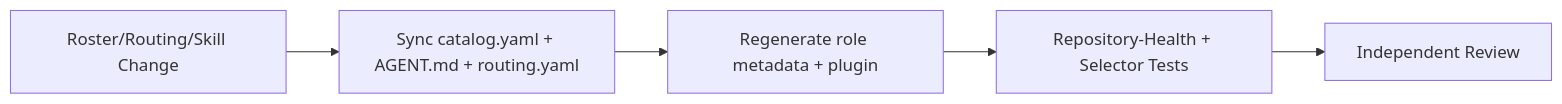
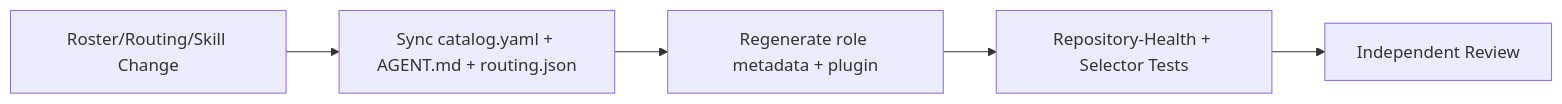
The diagram in plugin/suite/roster/workflows/agent-suite-maintenance.md (deagy/cadre), drawn with Mermaid before and after one commit. The commit also changed other lines of this file and 591 other files, not shown here.

````diff
--- a/plugin/suite/roster/workflows/agent-suite-maintenance.md
+++ b/plugin/suite/roster/workflows/agent-suite-maintenance.md
@@ -5,7 +5,7 @@
 ```mermaid
 flowchart LR
-    Change["Roster/Routing/Skill Change"] --> Sync["Sync catalog.yaml + AGENT.md + routing.yaml"]
+    Change["Roster/Routing/Skill Change"] --> Sync["Sync catalog.yaml + AGENT.md + routing.json"]
     Sync --> Regen["Regenerate role metadata + plugin"]
     Regen --> Health["Repository-Health + Selector Tests"]
     Health --> Review["Independent Review"]
 ```
````
